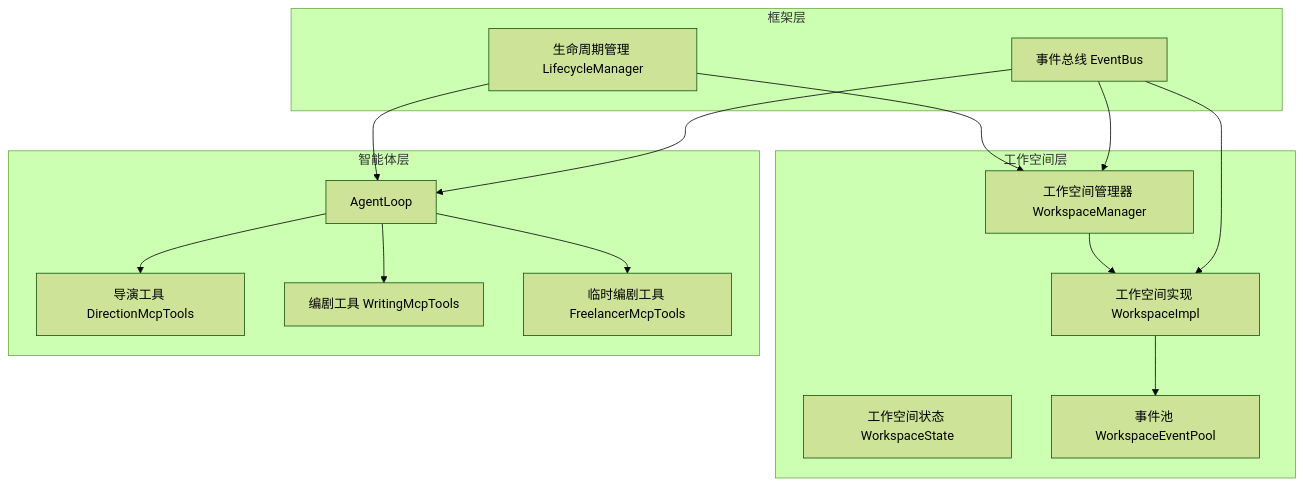
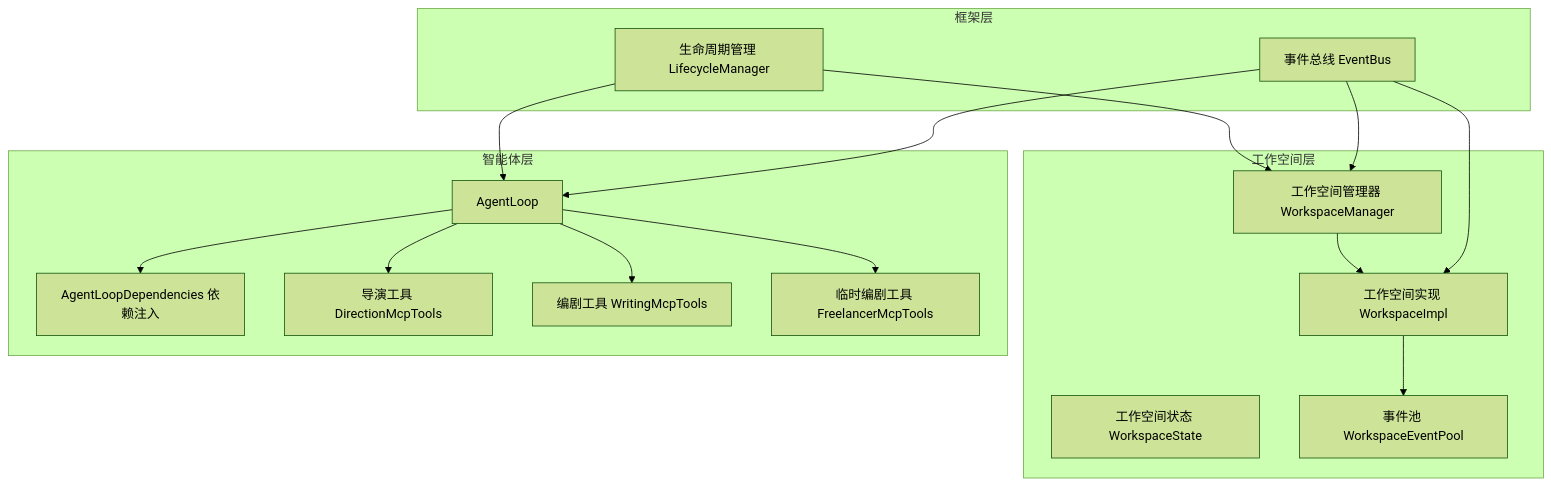
One commit to suzvka/NPCLife changed the first of 8 diagrams in .qoder/repowiki/zh/content/多智能体系统/多智能体系统.md. Above: the diagram before and after it, drawn with Mermaid (forest theme). The commit also changed other lines of this file and 28 other files, not shown here.

````diff
--- a/.qoder/repowiki/zh/content/多智能体系统/多智能体系统.md
+++ b/.qoder/repowiki/zh/content/多智能体系统/多智能体系统.md
@@ -39,29 +50,31 @@
 ```mermaid
 graph TB
 subgraph "框架层"
 EB["事件总线 EventBus"]
 LM["生命周期管理 LifecycleManager"]
 end
 subgraph "工作空间层"
 WM["工作空间管理器 WorkspaceManager"]
 WS["工作空间状态 WorkspaceState"]
 WEP["事件池 WorkspaceEventPool"]
 WI["工作空间实现 WorkspaceImpl"]
 end
 subgraph "智能体层"
 AL["AgentLoop"]
+ALD["AgentLoopDependencies 依赖注入"]
 DIR["导演工具 DirectionMcpTools"]
 SCR["编剧工具 WritingMcpTools"]
 FRE["临时编剧工具 FreelancerMcpTools"]
 end
 EB --> AL
 EB --> WM
 EB --> WI
 WM --> WI
 WI --> WEP
+AL --> ALD
 AL --> DIR
 AL --> SCR
 AL --> FRE
 LM --> WM
 LM --> AL
 ```
````
